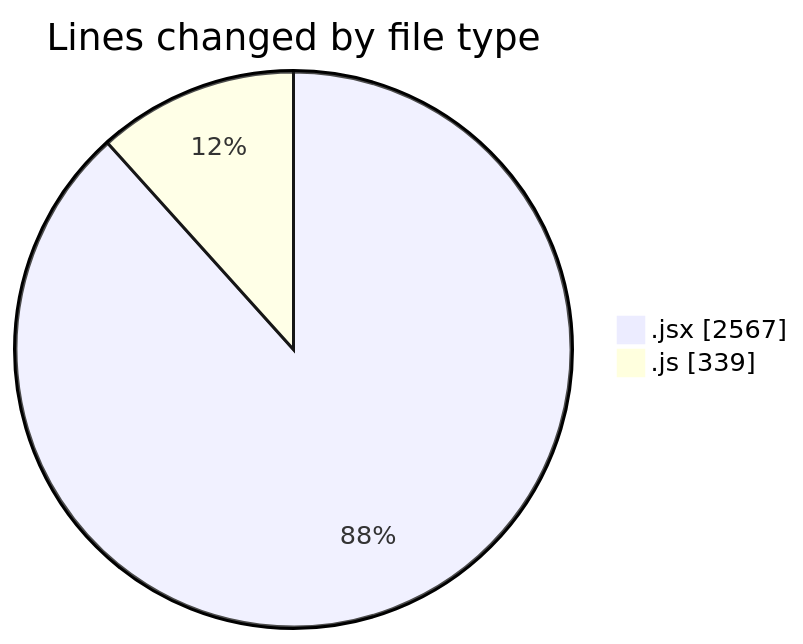
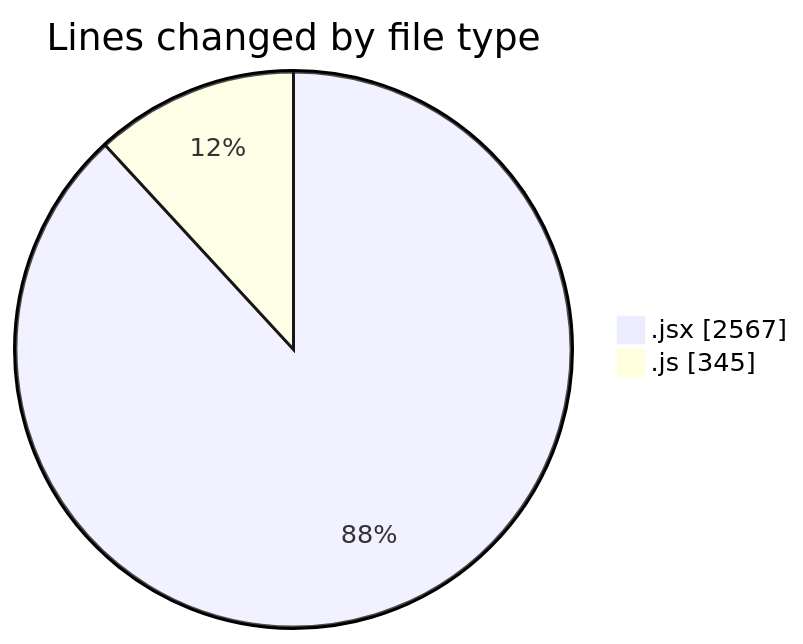
The first of 2 diagrams in 2025-07-11/argos/README.md (nxtqubesakshisongat/code-tracking), drawn with Mermaid before and after one commit. The commit also changed other lines of this file and 1 other file, not shown here.

````diff
--- a/2025-07-11/argos/README.md
+++ b/2025-07-11/argos/README.md
@@ -24,6 +24,6 @@
 ```mermaid
 pie showData
 title Lines changed by file type
 ".jsx" : 2567
-".js" : 339
+".js" : 345
 ```
````
